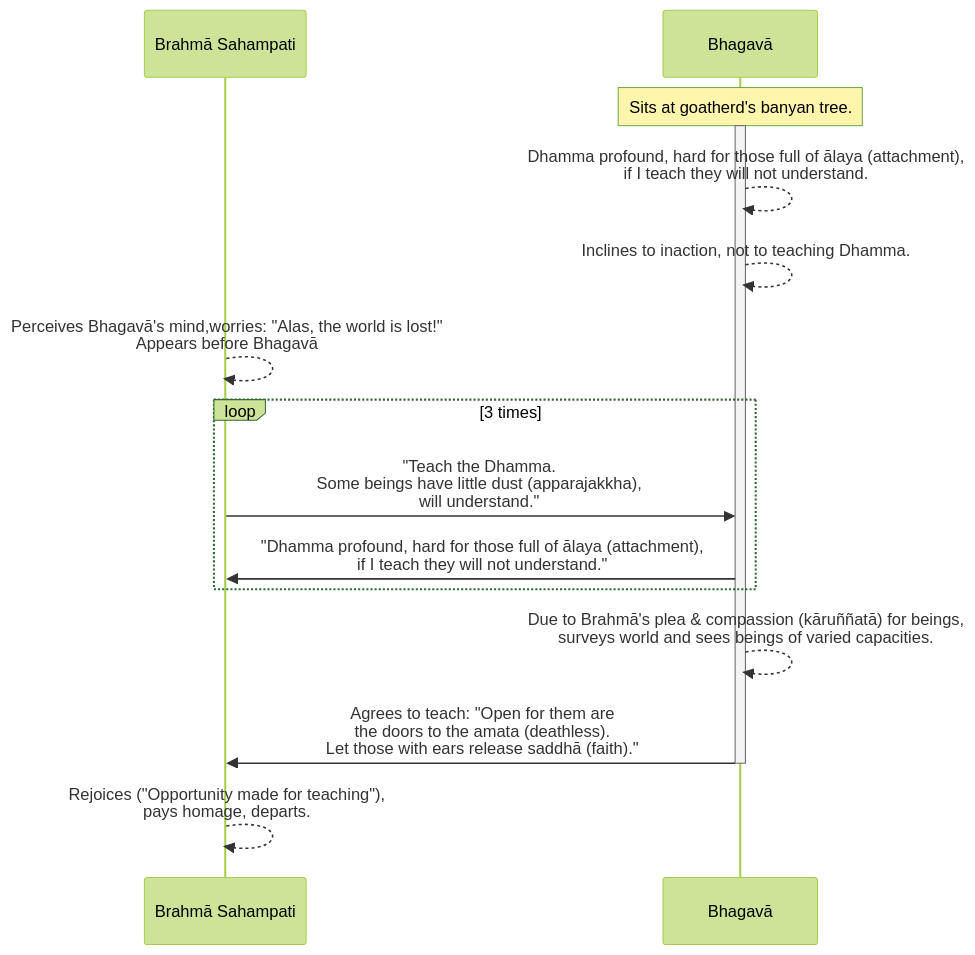
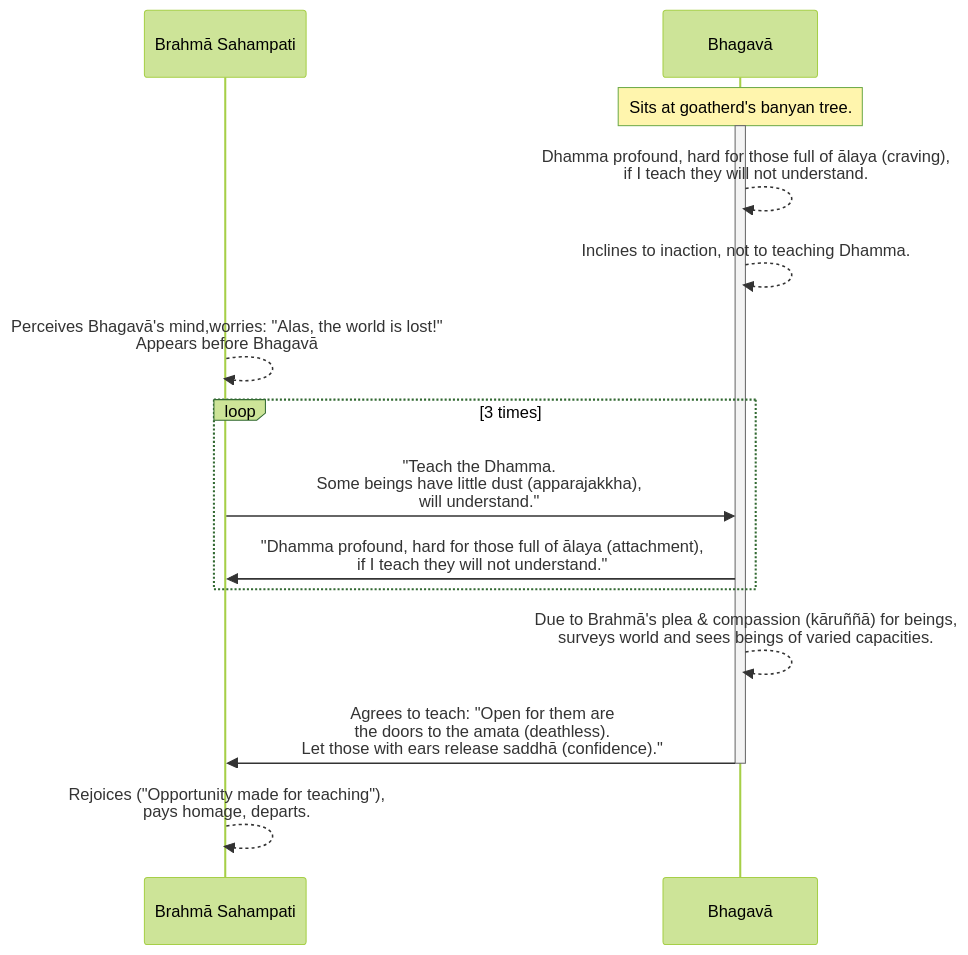
The diagram in content/Khandhaka/1.5.md (ChristineTham/tidipa), drawn with Mermaid (forest theme) before and after one commit. The commit also changed other lines of this file and 14 other files, not shown here.

````diff
--- a/content/Khandhaka/1.5.md
+++ b/content/Khandhaka/1.5.md
@@ -169,29 +169,29 @@
 ```mermaid
 sequenceDiagram
     participant BS as Brahmā Sahampati
     participant B as Bhagavā
 
     Note over B: Sits at goatherd's banyan tree.
 
     activate B
 
-    B-->>B: Dhamma profound, hard for those full of ālaya (attachment),<br> if I teach they will not understand.
+    B-->>B: Dhamma profound, hard for those full of ālaya (craving),<br> if I teach they will not understand.
 
     B-->>B: Inclines to inaction, not to teaching Dhamma.
 
     BS-->>BS: Perceives Bhagavā's mind,worries: "Alas, the world is lost!"<br>Appears before Bhagavā
 
     loop 3 times
         BS->>B: "Teach the Dhamma.<br/>Some beings have little dust (apparajakkha),<br/>will understand."
 
         B->>BS: "Dhamma profound, hard for those full of ālaya (attachment),<br> if I teach they will not understand."
     end
 
-    B-->>B:  Due to Brahmā's plea & compassion (kāruññatā) for beings,<br/>surveys world and sees beings of varied capacities.
+    B-->>B:  Due to Brahmā's plea & compassion (kāruññā) for beings,<br/>surveys world and sees beings of varied capacities.
 
-    B->>BS: Agrees to teach: "Open for them are<br/>the doors to the amata (deathless).<br/>Let those with ears release saddhā (faith)."
+    B->>BS: Agrees to teach: "Open for them are<br/>the doors to the amata (deathless).<br/>Let those with ears release saddhā (confidence)."
 
     deactivate B
 
     BS-->>BS: Rejoices ("Opportunity made for teaching"),<br/>pays homage, departs.
 ```
````
